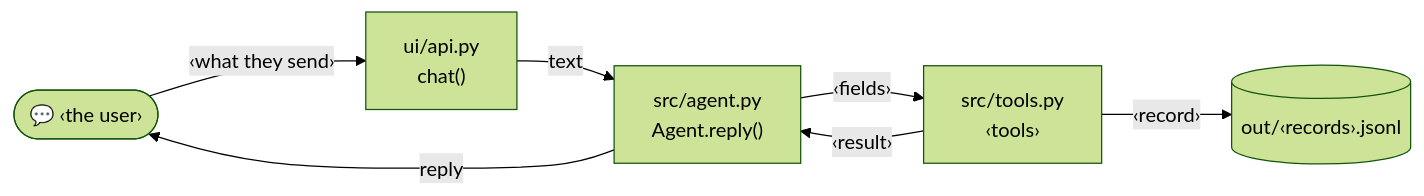
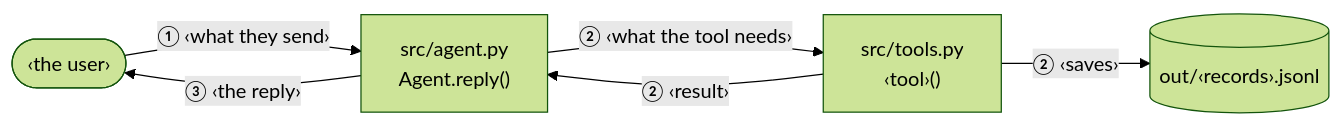
The second of 2 diagrams in .claude/skills/discovery/templates/plan.md (a1noh/kick-off), drawn with Mermaid (forest theme) before and after one commit. The commit also changed other lines of this file and 6 other files, not shown here.

First line of the commit message:
kit: plan shows real In/Out JSON for every call; Flow diagram arrows numbered like the steps

````diff
--- a/.claude/skills/discovery/templates/plan.md
+++ b/.claude/skills/discovery/templates/plan.md
@@ -96,15 +106,13 @@
 ```mermaid
 flowchart LR
-  C(["💬 ‹the user›"])
-  API["ui/api.py<br/>chat()"]
+  U(["‹the user›"])
   AG["src/agent.py<br/>Agent.reply()"]
-  TO["src/tools.py<br/>‹tools›"]
-  DA[("out/‹records›.jsonl")]
+  TO["src/tools.py<br/>‹tool›()"]
+  D[("out/‹records›.jsonl")]
 
-  C -- "‹what they send›" --> API
-  API -- "text" --> AG
-  AG -- "‹fields›" --> TO
-  TO -- "‹record›" --> DA
-  TO -- "‹result›" --> AG
-  AG -- "reply" --> C
+  U -- "① ‹what they send›" --> AG
+  AG -- "② ‹what the tool needs›" --> TO
+  TO -- "② ‹saves›" --> D
+  TO -- "② ‹result›" --> AG
+  AG -- "③ ‹the reply›" --> U
 ```
````
